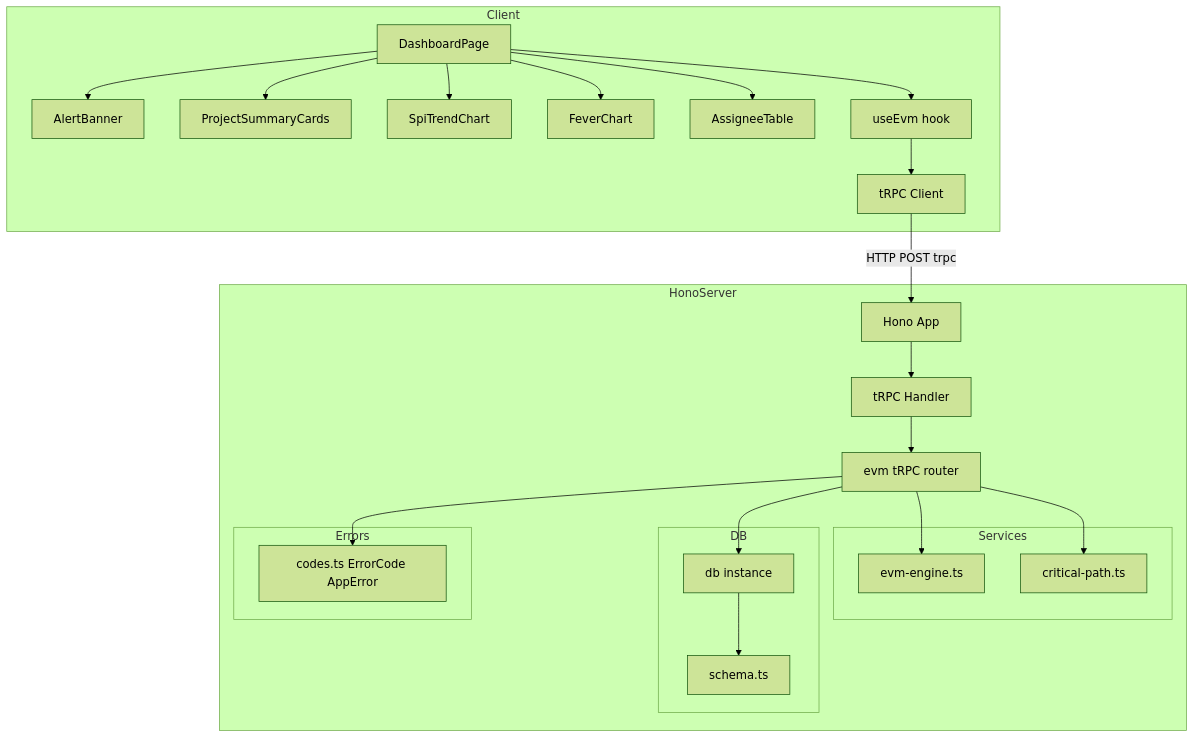
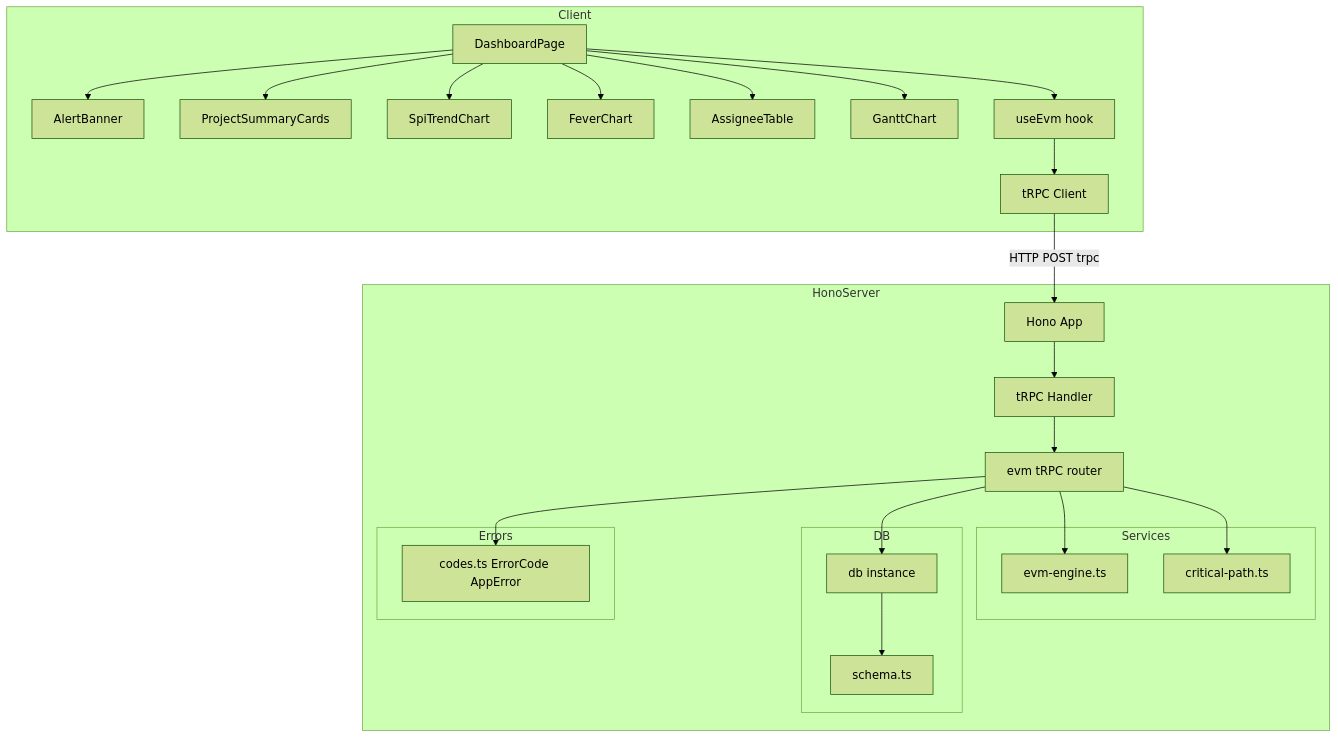
One commit to PrimeBrains/sdd-workshop changed the first of 2 diagrams in .kiro/specs/dashboard/design.md. Above: the diagram before and after it, drawn with Mermaid (forest theme). The commit also changed other lines of this file and 2 other files, not shown here.

First line of the commit message:
feat(dashboard): ガントチャートビュー（Requirement 10）を仕様に追加

````diff
--- a/.kiro/specs/dashboard/design.md
+++ b/.kiro/specs/dashboard/design.md
@@ -81,45 +82,47 @@
 ```mermaid
 graph TB
     subgraph Client
         DashboardPage[DashboardPage]
         AlertBanner[AlertBanner]
         ProjectSummaryCards[ProjectSummaryCards]
         SpiTrendChart[SpiTrendChart]
         FeverChart[FeverChart]
         AssigneeTable[AssigneeTable]
+        GanttChart[GanttChart]
         useEvm[useEvm hook]
         TRPCClient[tRPC Client]
     end
     subgraph HonoServer
         HonoApp[Hono App]
         TRPCHandler[tRPC Handler]
         EvmRouter[evm tRPC router]
         subgraph Services
             EvmEngine[evm-engine.ts]
             CriticalPath[critical-path.ts]
         end
         subgraph DB
             DrizzleSchema[schema.ts]
             DrizzleClient[db instance]
         end
         subgraph Errors
             ErrorCodes[codes.ts ErrorCode AppError]
         end
     end
 
     DashboardPage --> AlertBanner
     DashboardPage --> ProjectSummaryCards
     DashboardPage --> SpiTrendChart
     DashboardPage --> FeverChart
     DashboardPage --> AssigneeTable
+    DashboardPage --> GanttChart
     DashboardPage --> useEvm
     useEvm --> TRPCClient
     TRPCClient -->|HTTP POST trpc| HonoApp
     HonoApp --> TRPCHandler
     TRPCHandler --> EvmRouter
     EvmRouter --> EvmEngine
     EvmRouter --> CriticalPath
     EvmRouter --> DrizzleClient
     DrizzleClient --> DrizzleSchema
     EvmRouter --> ErrorCodes
 ```
````
